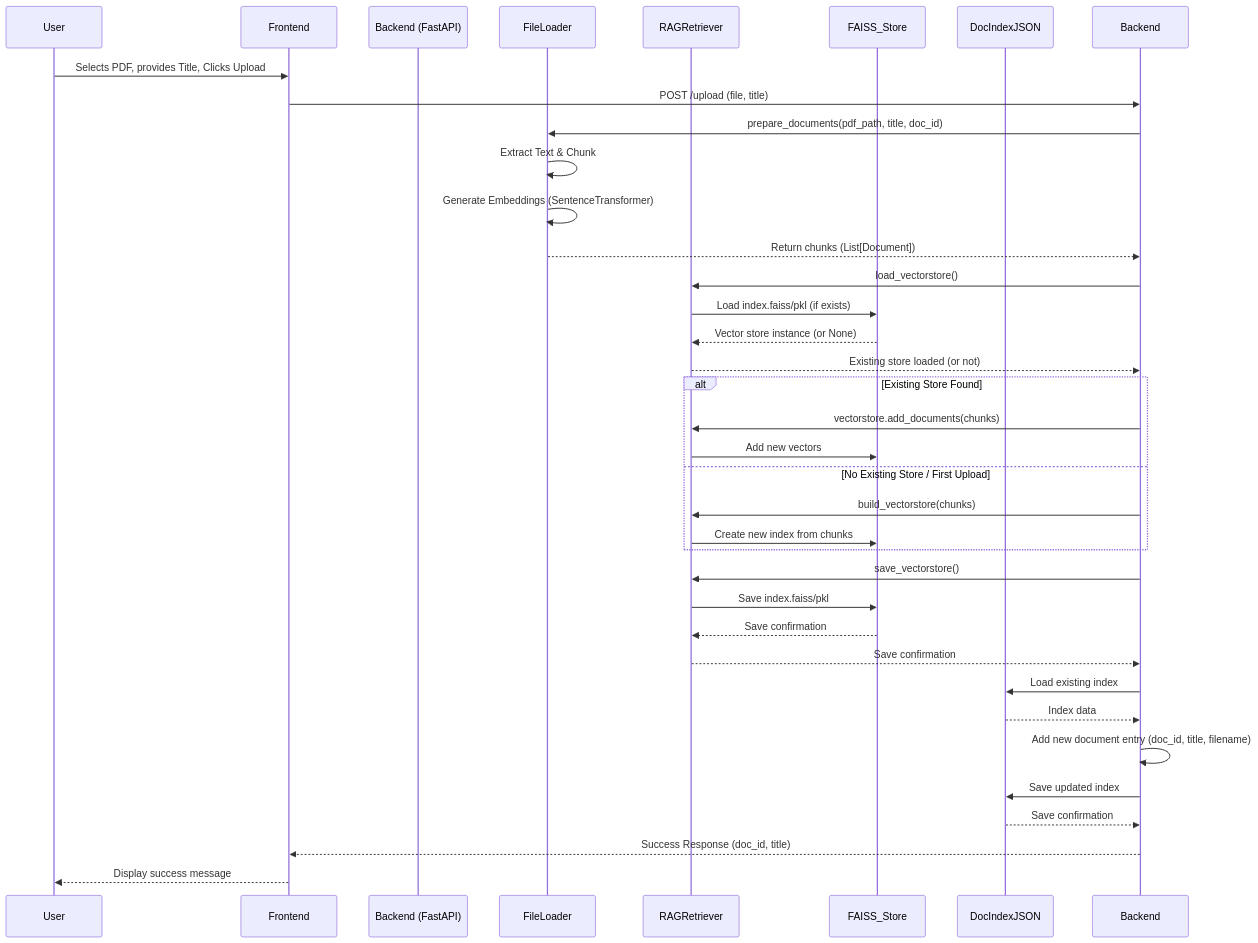
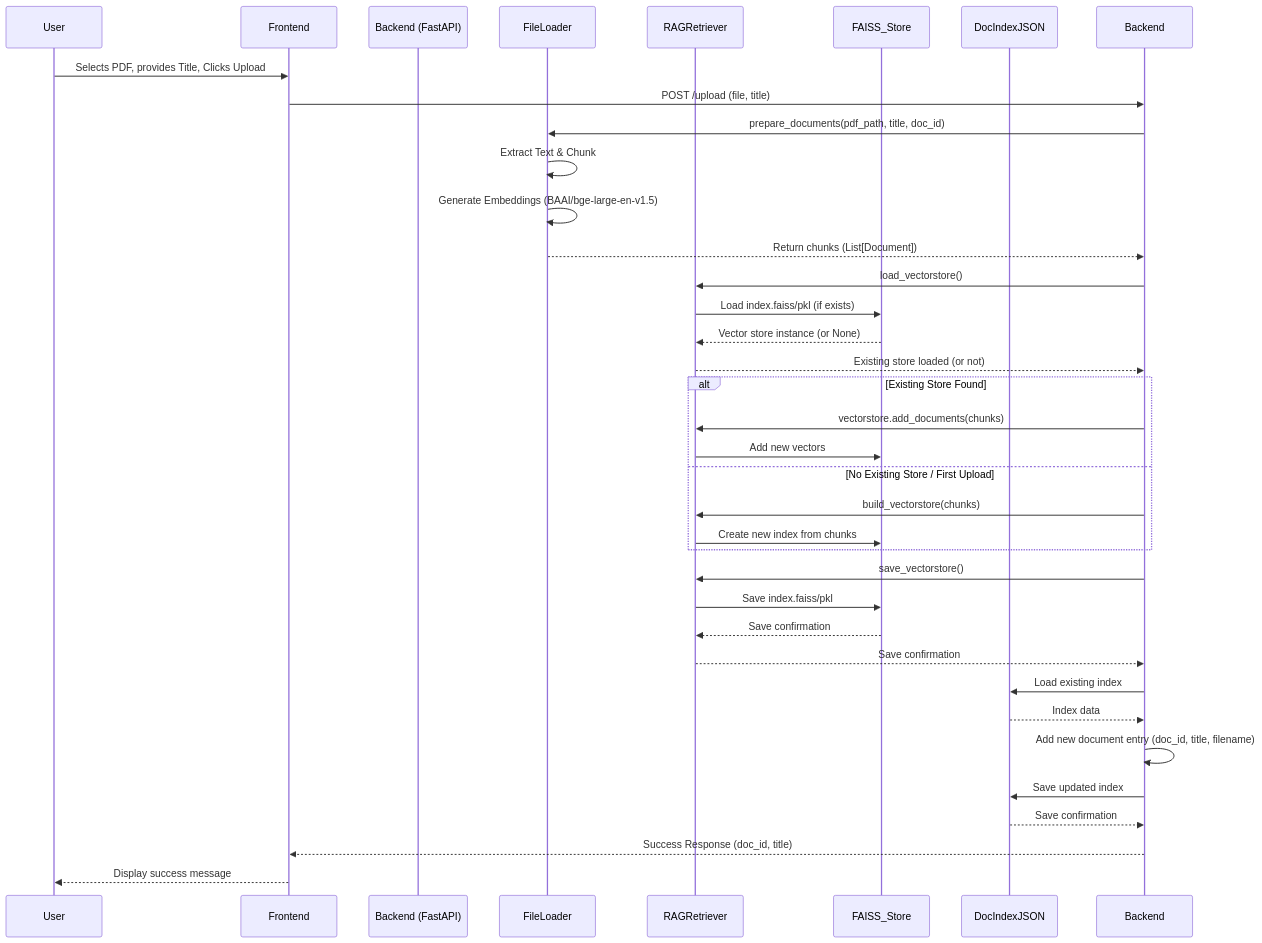
Before and after one commit to faiqhilman13/chatbot-RAG: the first of 3 diagrams in architecture.md, drawn with Mermaid. The commit also changed other lines of this file and 31 other files, not shown here.

````diff
--- a/architecture.md
+++ b/architecture.md
@@ -9,39 +24,39 @@
 ```mermaid
 sequenceDiagram
     participant User
     participant Frontend
     participant Backend (FastAPI)
     participant FileLoader
     participant RAGRetriever
     participant FAISS_Store
     participant DocIndexJSON
 
     User->>Frontend: Selects PDF, provides Title, Clicks Upload
     Frontend->>Backend: POST /upload (file, title)
     Backend->>FileLoader: prepare_documents(pdf_path, title, doc_id)
     FileLoader->>FileLoader: Extract Text & Chunk
-    FileLoader->>FileLoader: Generate Embeddings (SentenceTransformer)
+    FileLoader->>FileLoader: Generate Embeddings (BAAI/bge-large-en-v1.5)
     FileLoader-->>Backend: Return chunks (List[Document])
     Backend->>RAGRetriever: load_vectorstore()
     RAGRetriever->>FAISS_Store: Load index.faiss/pkl (if exists)
     FAISS_Store-->>RAGRetriever: Vector store instance (or None)
     RAGRetriever-->>Backend: Existing store loaded (or not)
     alt Existing Store Found
         Backend->>RAGRetriever: vectorstore.add_documents(chunks)
         RAGRetriever->>FAISS_Store: Add new vectors
     else No Existing Store / First Upload
         Backend->>RAGRetriever: build_vectorstore(chunks)
         RAGRetriever->>FAISS_Store: Create new index from chunks
     end
     Backend->>RAGRetriever: save_vectorstore()
     RAGRetriever->>FAISS_Store: Save index.faiss/pkl
     FAISS_Store-->>RAGRetriever: Save confirmation
     RAGRetriever-->>Backend: Save confirmation
     Backend->>DocIndexJSON: Load existing index
     DocIndexJSON-->>Backend: Index data
     Backend->>Backend: Add new document entry (doc_id, title, filename)
     Backend->>DocIndexJSON: Save updated index
     DocIndexJSON-->>Backend: Save confirmation
     Backend-->>Frontend: Success Response (doc_id, title)
     Frontend-->>User: Display success message
 ```
````
